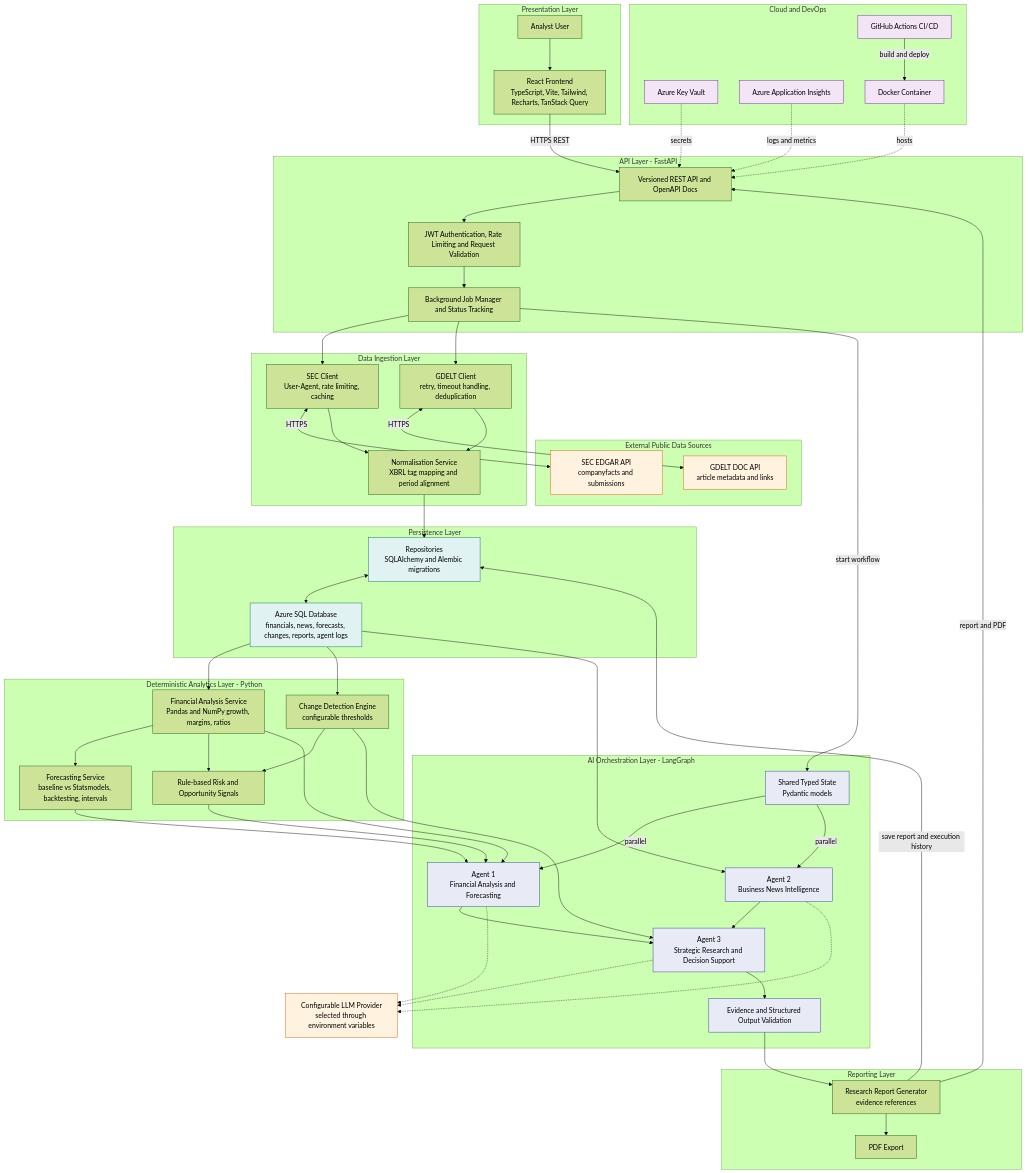
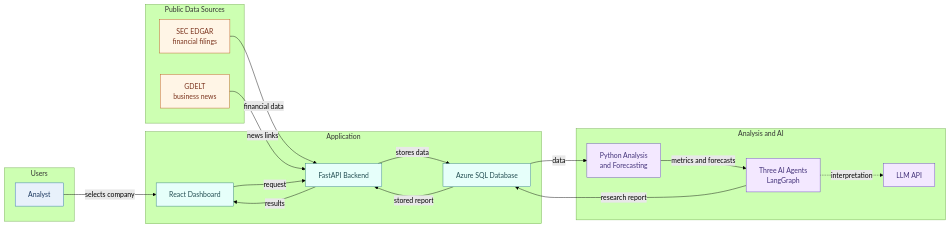
The first of 4 diagrams in docs/architecture.md (Hariharan119/ai-business-research-growth-analysis), drawn with Mermaid (forest theme) before and after one commit. The commit also changed other lines of this file, not shown here.

Commit message:
Docs: simplify architecture, data flow and agent workflow diagrams

````diff
--- a/docs/architecture.md
+++ b/docs/architecture.md
@@ -5,112 +5,44 @@
 ```mermaid
-flowchart TB
-    subgraph PRES [Presentation Layer]
-        USER[Analyst User]
-        FE[React Frontend<br/>TypeScript, Vite, Tailwind, Recharts, TanStack Query]
+flowchart LR
+    subgraph sg1[Users]
+        U[Analyst]
     end
 
-    subgraph APIL [API Layer - FastAPI]
-        GW[Versioned REST API and OpenAPI Docs]
-        MW[JWT Authentication, Rate Limiting and Request Validation]
-        JOBS[Background Job Manager and Status Tracking]
+    subgraph sg2[Application]
+        FE[React Dashboard]
+        API[FastAPI Backend]
+        DB[Azure SQL Database]
     end
 
-    subgraph EXT [External Public Data Sources]
-        SEC[SEC EDGAR API<br/>companyfacts and submissions]
-        GDELT[GDELT DOC API<br/>article metadata and links]
+    subgraph sg3[Public Data Sources]
+        SEC[SEC EDGAR<br/>financial filings]
+        GD[GDELT<br/>business news]
     end
 
-    subgraph ING [Data Ingestion Layer]
-        SECC[SEC Client<br/>User-Agent, rate limiting, caching]
-        GDC[GDELT Client<br/>retry, timeout handling, deduplication]
-        NORM[Normalisation Service<br/>XBRL tag mapping and period alignment]
+    subgraph sg4[Analysis and AI]
+        CALC[Python Analysis<br/>and Forecasting]
+        AG[Three AI Agents<br/>LangGraph]
+        LLM[LLM API]
     end
 
-    subgraph PERS [Persistence Layer]
-        REPO[Repositories<br/>SQLAlchemy and Alembic migrations]
-        DB[Azure SQL Database<br/>financials, news, forecasts, changes, reports, agent logs]
-    end
+    U -->|selects company| FE
+    FE -->|request| API
+    SEC -->|financial data| API
+    GD -->|news links| API
+    API -->|stores data| DB
+    DB -->|data| CALC
+    CALC -->|metrics and forecasts| AG
+    AG -.->|interpretation| LLM
+    AG -->|research report| DB
+    DB -->|stored report| API
+    API -->|results| FE
 
-    subgraph ANA [Deterministic Analytics Layer - Python]
-        FIN[Financial Analysis Service<br/>Pandas and NumPy growth, margins, ratios]
-        FCST[Forecasting Service<br/>baseline vs Statsmodels, backtesting, intervals]
-        CHG[Change Detection Engine<br/>configurable thresholds]
-        RULE[Rule-based Risk and Opportunity Signals]
-    end
-
-    subgraph ORCH [AI Orchestration Layer - LangGraph]
-        STATE[Shared Typed State<br/>Pydantic models]
-        A1[Agent 1<br/>Financial Analysis and Forecasting]
-        A2[Agent 2<br/>Business News Intelligence]
-        A3[Agent 3<br/>Strategic Research and Decision Support]
-        VAL[Evidence and Structured Output Validation]
-    end
-
-    LLM[Configurable LLM Provider<br/>selected through environment variables]
-
-    subgraph REPG [Reporting Layer]
-        RGEN[Research Report Generator<br/>evidence references]
-        PDF[PDF Export]
-    end
-
-    subgraph OPS [Cloud and DevOps]
-        KV[Azure Key Vault]
-        INS[Azure Application Insights]
-        GH[GitHub Actions CI/CD]
-        DOCK[Docker Container]
-    end
-
-    USER --> FE
-    FE -->|HTTPS REST| GW
-    GW --> MW
-    MW --> JOBS
-
-    JOBS --> SECC
-    JOBS --> GDC
-    SECC <-->|HTTPS| SEC
-    GDC <-->|HTTPS| GDELT
-    SECC --> NORM
-    GDC --> NORM
-    NORM --> REPO
-    REPO <--> DB
-
-    DB --> FIN
-    FIN --> FCST
-    FIN --> RULE
-    DB --> CHG
-    CHG --> RULE
-
-    JOBS -->|start workflow| STATE
-    STATE -->|parallel| A1
-    STATE -->|parallel| A2
-    FIN --> A1
-    FCST --> A1
-    RULE --> A1
-    DB --> A2
-    A1 --> A3
-    A2 --> A3
-    CHG --> A3
-    A1 -.-> LLM
-    A2 -.-> LLM
-    A3 -.-> LLM
-
-    A3 --> VAL
-    VAL --> RGEN
-    RGEN --> PDF
-    RGEN -->|save report and execution history| REPO
-    RGEN -->|report and PDF| GW
-
-    KV -.->|secrets| GW
-    INS -.->|logs and metrics| GW
-    GH -->|build and deploy| DOCK
-    DOCK -.->|hosts| GW
-
-    classDef ext fill:#fff3e0,stroke:#e65100,color:#000
-    classDef ai fill:#e8eaf6,stroke:#283593,color:#000
-    classDef store fill:#e0f2f1,stroke:#00695c,color:#000
-    classDef ops fill:#f3e5f5,stroke:#6a1b9a,color:#000
-    class SEC,GDELT,LLM ext
-    class STATE,A1,A2,A3,VAL ai
-    class DB,REPO store
-    class KV,INS,GH,DOCK ops
+    classDef user fill:#E8F1FB,stroke:#2B6CB0,color:#1A365D
+    classDef app fill:#E6FFFA,stroke:#2C7A7B,color:#234E52
+    classDef data fill:#FFF5E6,stroke:#C05621,color:#7B341E
+    classDef ai fill:#F3E8FF,stroke:#6B46C1,color:#44337A
+    class U user
+    class FE,API,DB app
+    class SEC,GD data
+    class CALC,AG,LLM ai
 ```
````
